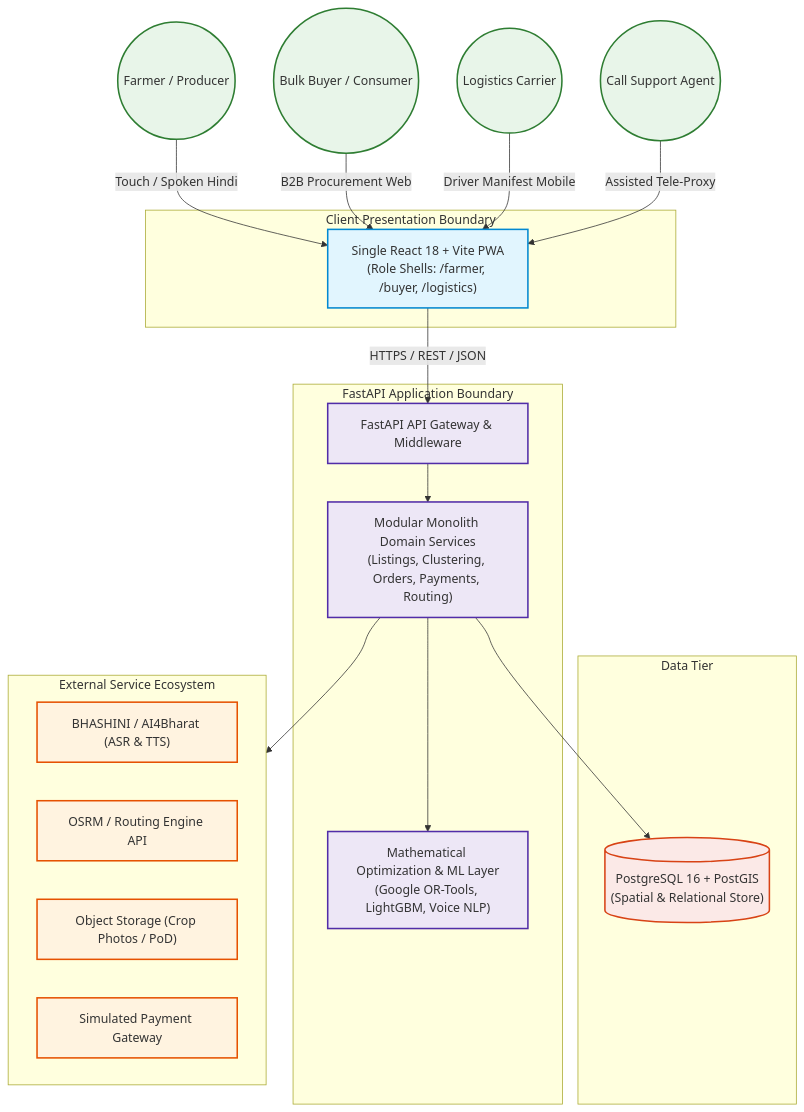
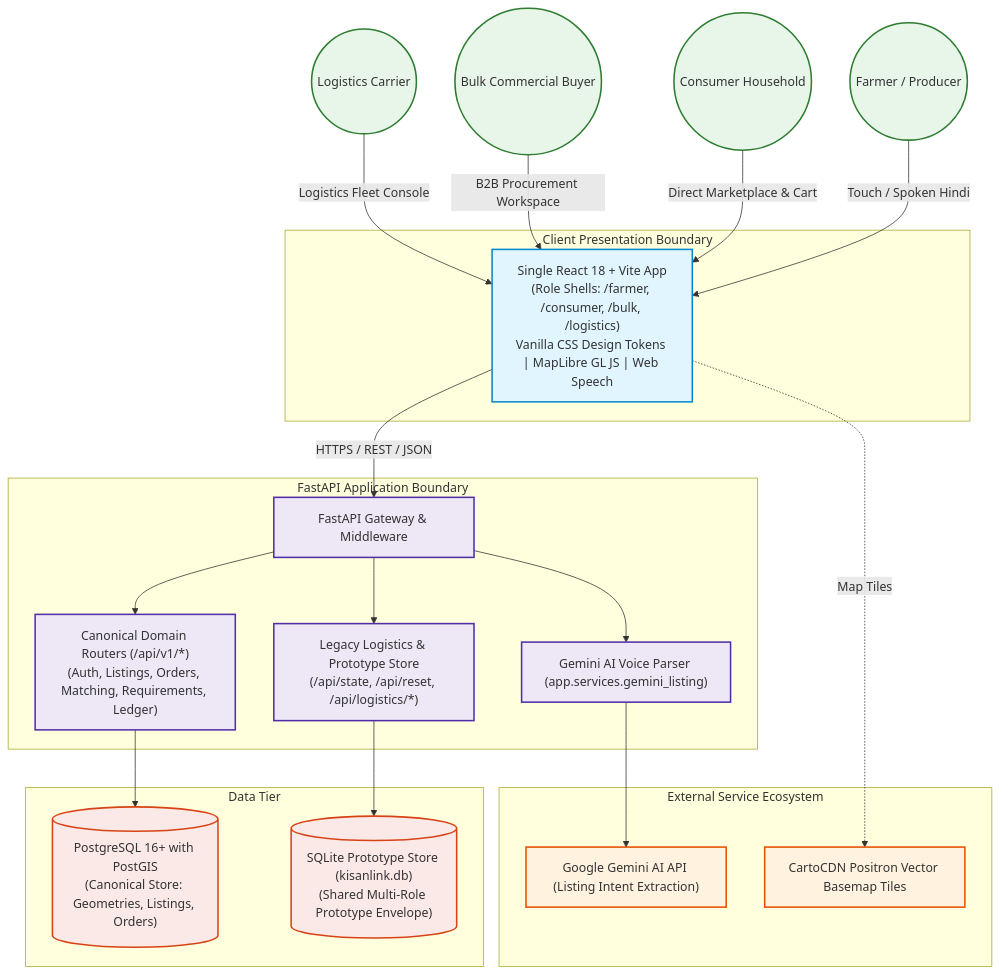
The first of 4 diagrams in DOCS/TRD.md (vanshbahl/KisanLink), drawn with Mermaid before and after one commit. The commit also changed other lines of this file and 11 other files, not shown here.

````diff
--- a/DOCS/TRD.md
+++ b/DOCS/TRD.md
@@ -57,45 +51,49 @@
 ```mermaid
 graph TD
     classDef actor fill:#e8f5e9,stroke:#2e7d32,stroke-width:2px;
     classDef client fill:#e1f5fe,stroke:#0288d1,stroke-width:2px;
     classDef system fill:#ede7f6,stroke:#512da8,stroke-width:2px;
     classDef ext fill:#fff3e0,stroke:#e65100,stroke-width:2px;
     classDef db fill:#fbe9e7,stroke:#d84315,stroke-width:2px;
 
     Farmer((Farmer / Producer)):::actor
-    Buyer((Bulk Buyer / Consumer)):::actor
+    Consumer((Consumer Household)):::actor
+    BulkBuyer((Bulk Commercial Buyer)):::actor
     Transporter((Logistics Carrier)):::actor
-    Operator((Call Support Agent)):::actor
 
     subgraph Client_Boundary [Client Presentation Boundary]
-        PWA["Single React 18 + Vite PWA\n(Role Shells: /farmer, /buyer, /logistics)"]:::client
+        PWA["Single React 18 + Vite App\n(Role Shells: /farmer, /consumer, /bulk, /logistics)\nVanilla CSS Design Tokens | MapLibre GL JS | Web Speech"]:::client
     end
 
     subgraph Core_Backend [FastAPI Application Boundary]
-        APIGateway["FastAPI API Gateway & Middleware"]:::system
-        DomainServices["Modular Monolith Domain Services\n(Listings, Clustering, Orders, Payments, Routing)"]:::system
-        IntelligenceEngines["Mathematical Optimization & ML Layer\n(Google OR-Tools, LightGBM, Voice NLP)"]:::system
+        APIGateway["FastAPI Gateway & Middleware"]:::system
+        CanonicalServices["Canonical Domain Routers (/api/v1/*)\n(Auth, Listings, Orders, Matching, Requirements, Ledger)"]:::system
+        GeminiService["Gemini AI Voice Parser (app.services.gemini_listing)"]:::system
+        LegacyLogistics["Legacy Logistics & Prototype Store\n(/api/state, /api/reset, /api/logistics/*)"]:::system
     end
 
     subgraph Persistence [Data Tier]
-        PostgreSQL[("PostgreSQL 16 + PostGIS\n(Spatial & Relational Store)")]:::db
+        PostgreSQL[("PostgreSQL 16+ with PostGIS\n(Canonical Store: Geometries, Listings, Orders)")]:::db
+        SQLiteStore[("SQLite Prototype Store (kisanlink.db)\n(Shared Multi-Role Prototype Envelope)")]:::db
     end
 
     subgraph External_Services [External Service Ecosystem]
-        BhashiniAPI["BHASHINI / AI4Bharat (ASR & TTS)"]:::ext
-        OSRM_Server["OSRM / Routing Engine API"]:::ext
-        SupabaseStorage["Object Storage (Crop Photos / PoD)"]:::ext
-        PaymentSandbox["Simulated Payment Gateway"]:::ext
+        GeminiAPI["Google Gemini AI API (Listing Intent Extraction)"]:::ext
+        CartoCDN["CartoCDN Positron Vector Basemap Tiles"]:::ext
     end
 
     Farmer -->|Touch / Spoken Hindi| PWA
-    Buyer -->|B2B Procurement Web| PWA
-    Transporter -->|Driver Manifest Mobile| PWA
-    Operator -->|Assisted Tele-Proxy| PWA
+    Consumer -->|Direct Marketplace & Cart| PWA
+    BulkBuyer -->|B2B Procurement Workspace| PWA
+    Transporter -->|Logistics Fleet Console| PWA
 
     PWA -->|HTTPS / REST / JSON| APIGateway
-    APIGateway --> DomainServices
-    DomainServices --> IntelligenceEngines
-    DomainServices --> PostgreSQL
-    DomainServices --> External_Services
+    APIGateway --> CanonicalServices
+    APIGateway --> GeminiService
+    APIGateway --> LegacyLogistics
+
+    CanonicalServices --> PostgreSQL
+    GeminiService --> GeminiAPI
+    LegacyLogistics --> SQLiteStore
+    PWA -.->|Map Tiles| CartoCDN
 ```
````
